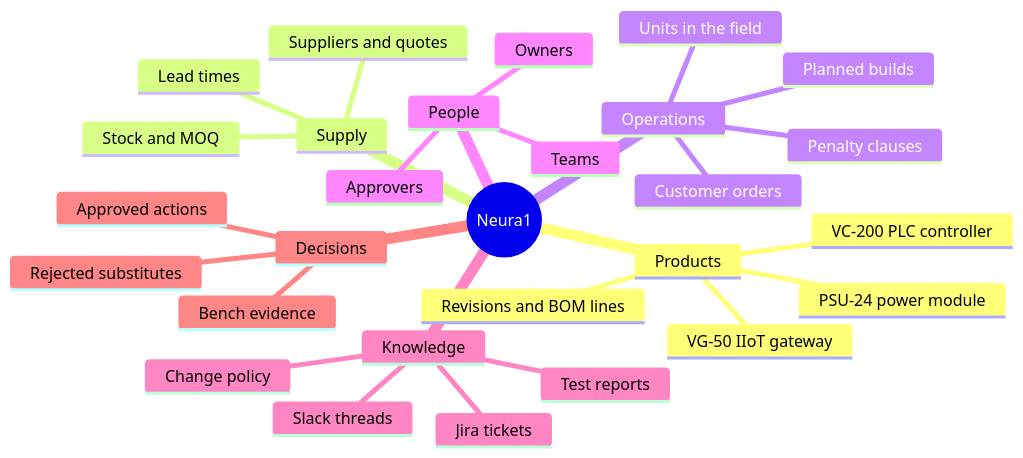
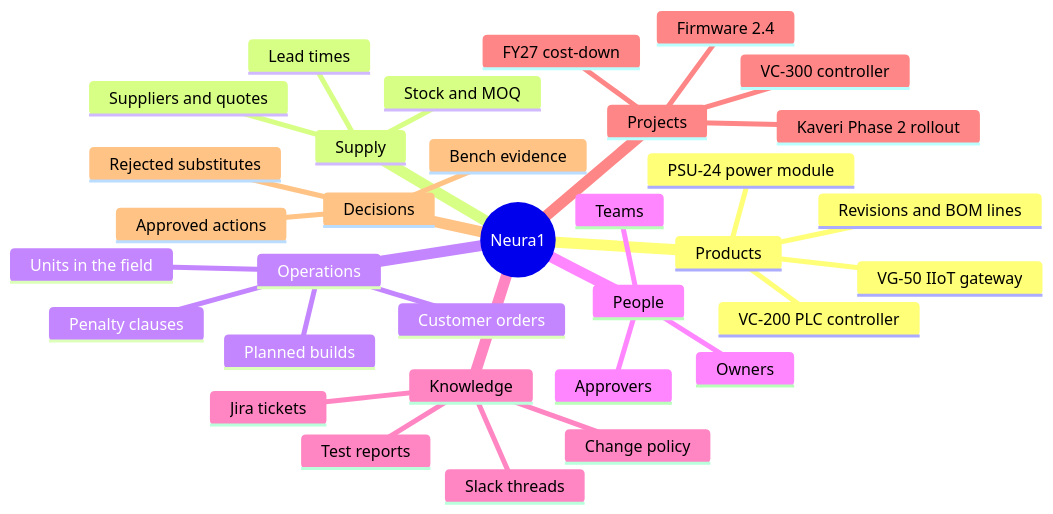
The first of 6 diagrams in README.md (SaiSiddharthBS/Neura1), drawn with Mermaid before and after one commit. The commit also changed other lines of this file and 7 other files, not shown here.

````diff
--- a/README.md
+++ b/README.md
@@ -112,31 +113,36 @@
 ```mermaid
 mindmap
   root((Neura1))
     Products
       VC-200 PLC controller
       VG-50 IIoT gateway
       PSU-24 power module
       Revisions and BOM lines
     Supply
       Suppliers and quotes
       Stock and MOQ
       Lead times
     Operations
       Planned builds
       Customer orders
       Penalty clauses
       Units in the field
     People
       Teams
       Owners
       Approvers
     Knowledge
       Slack threads
       Jira tickets
       Test reports
       Change policy
+    Projects
+      Kaveri Phase 2 rollout
+      VC-300 controller
+      FY27 cost-down
+      Firmware 2.4
     Decisions
       Rejected substitutes
       Bench evidence
       Approved actions
 ```
````
